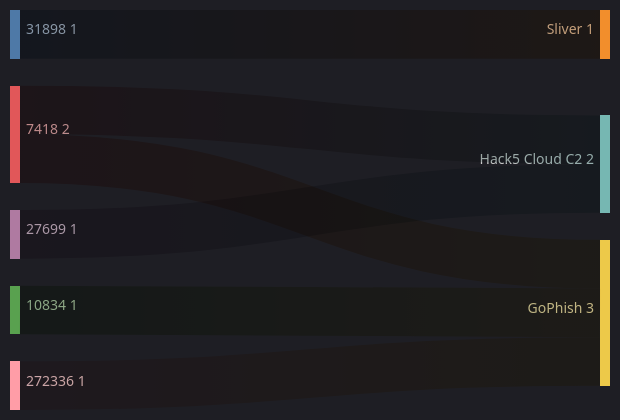
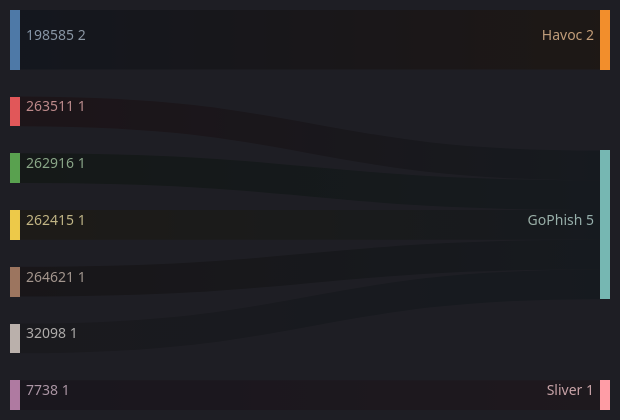
The seventh of 7 diagrams in zolim.md (ZoqueLabs/website), drawn with Mermaid before and after one commit. The commit also changed other lines of this file, not shown here.

````diff
--- a/zolim.md
+++ b/zolim.md
@@ -232,14 +220,15 @@
 ```mermaid
----  
-config:  
- theme: dark  
---- 
+---
+config:
+  theme: dark
+---
 %% Δ ASN → Threat (new edges)
 sankey-beta
-  31898,Sliver,1
-  7418,Hack5 Cloud C2,1
-  10834,GoPhish,1
-  27699,Hack5 Cloud C2,1
-  7418,GoPhish,1
-  272336,GoPhish,1
+  198585,Havoc,2
+  263511,GoPhish,1
+  262916,GoPhish,1
+  262415,GoPhish,1
+  7738,Sliver,1
+  264621,GoPhish,1
+  32098,GoPhish,1
 ```
````
